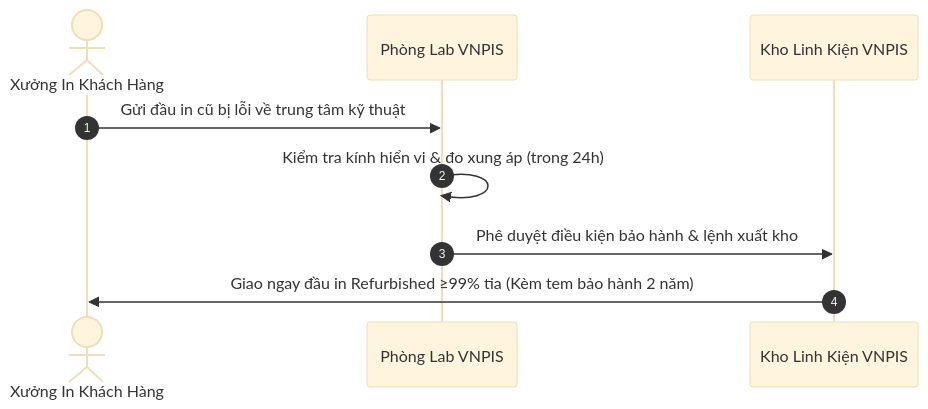
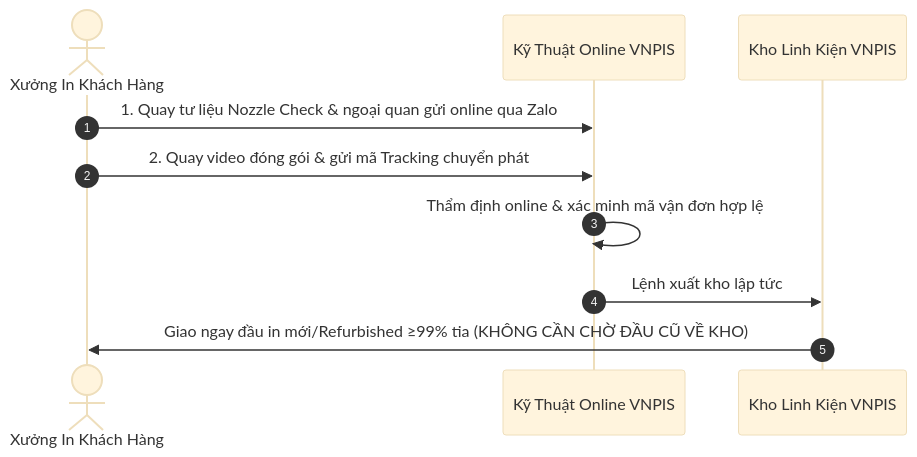
One commit to tamluu253/vnpis-web changed the diagram in vnpis-web/content/articles/quy-trinh-thu-cu-doi-moi-dau-in-brother-gtx-vnpis.md. Above: the diagram before and after it, drawn with Mermaid (base theme). The commit also changed other lines of this file and 9 other files, not shown here.

````diff
--- a/vnpis-web/content/articles/quy-trinh-thu-cu-doi-moi-dau-in-brother-gtx-vnpis.md
+++ b/vnpis-web/content/articles/quy-trinh-thu-cu-doi-moi-dau-in-brother-gtx-vnpis.md
@@ -71,12 +73,13 @@
 ```mermaid
 sequenceDiagram
     autonumber
     actor Khách as Xưởng In Khách Hàng
-    participant Lab as Phòng Lab VNPIS
+    participant Tech as Kỹ Thuật Online VNPIS
     participant Kho as Kho Linh Kiện VNPIS
 
-    Khách->>Lab: Gửi đầu in cũ bị lỗi về trung tâm kỹ thuật
-    Lab->>Lab: Kiểm tra kính hiển vi & đo xung áp (trong 24h)
-    Lab->>Kho: Phê duyệt điều kiện bảo hành & lệnh xuất kho
-    Kho->>Khách: Giao ngay đầu in Refurbished ≥99% tia (Kèm tem bảo hành 2 năm)
+    Khách->>Tech: 1. Quay tư liệu Nozzle Check & ngoại quan gửi online qua Zalo
+    Khách->>Tech: 2. Quay video đóng gói & gửi mã Tracking chuyển phát
+    Tech->>Tech: Thẩm định online & xác minh mã vận đơn hợp lệ
+    Tech->>Kho: Lệnh xuất kho lập tức
+    Kho->>Khách: Giao ngay đầu in mới/Refurbished ≥99% tia (KHÔNG CẦN CHỜ ĐẦU CŨ VỀ KHO)
 ```
````
